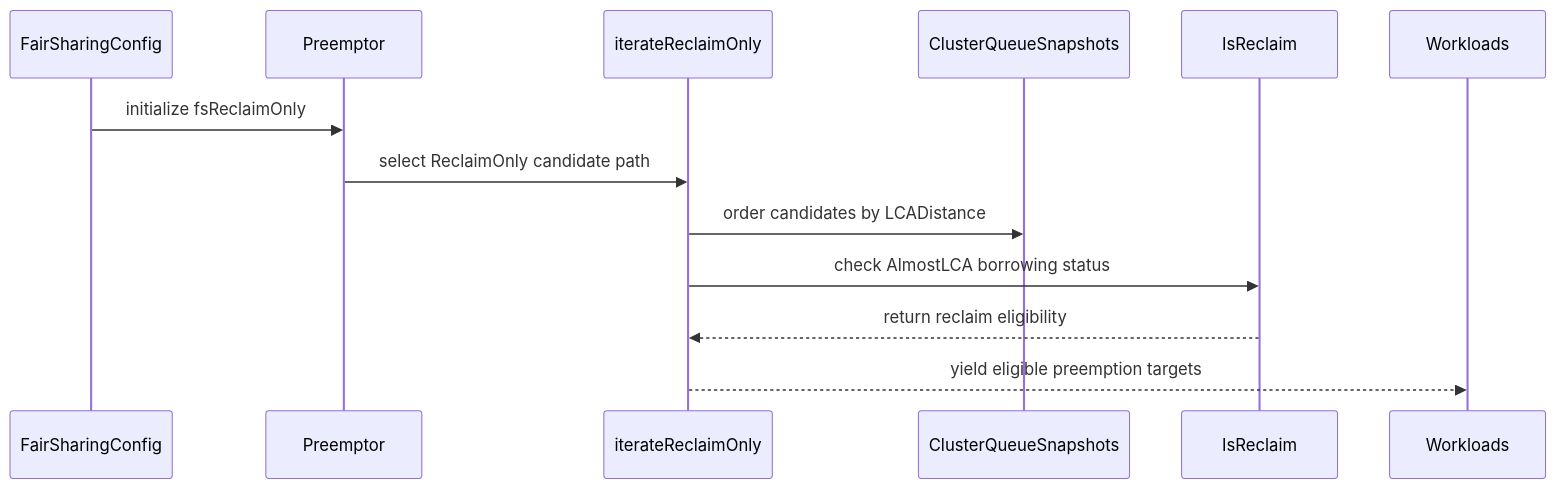
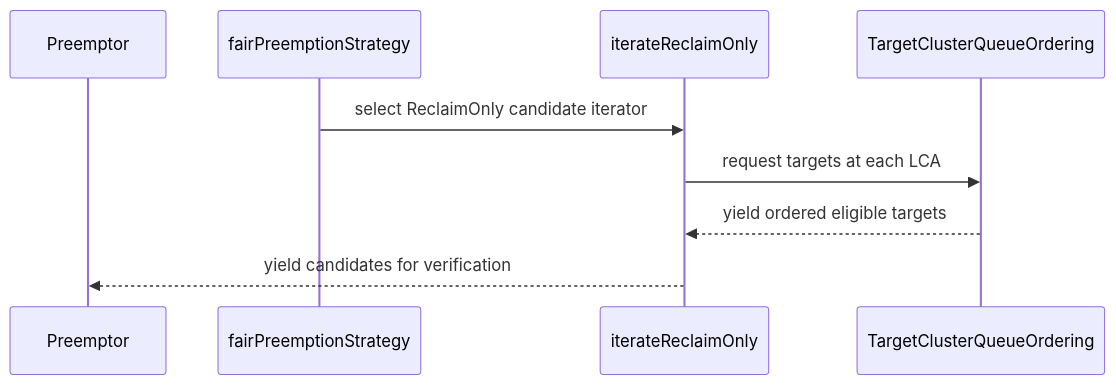
The diagram in raw/github/kubernetes-sigs__kueue/pr-17857.md (reruno/kueue-llm-wiki), drawn with Mermaid before and after one commit. The commit also changed other lines of this file and 1586 other files, not shown here.

````diff
--- a/raw/github/kubernetes-sigs__kueue/pr-17857.md
+++ b/raw/github/kubernetes-sigs__kueue/pr-17857.md
@@ -164,15 +244,11 @@
 ```mermaid
 sequenceDiagram
-  participant FairSharingConfig
   participant Preemptor
+  participant fairPreemptionStrategy
   participant iterateReclaimOnly
-  participant ClusterQueueSnapshots
-  participant IsReclaim
-  participant Workloads
-  FairSharingConfig->>Preemptor: initialize fsReclaimOnly
-  Preemptor->>iterateReclaimOnly: select ReclaimOnly candidate path
-  iterateReclaimOnly->>ClusterQueueSnapshots: order candidates by LCADistance
-  iterateReclaimOnly->>IsReclaim: check AlmostLCA borrowing status
-  IsReclaim-->>iterateReclaimOnly: return reclaim eligibility
-  iterateReclaimOnly-->>Workloads: yield eligible preemption targets
+  participant TargetClusterQueueOrdering
+  fairPreemptionStrategy->>iterateReclaimOnly: select ReclaimOnly candidate iterator
+  iterateReclaimOnly->>TargetClusterQueueOrdering: request targets at each LCA
+  TargetClusterQueueOrdering-->>iterateReclaimOnly: yield ordered eligible targets
+  iterateReclaimOnly-->>Preemptor: yield candidates for verification
 ```
````
